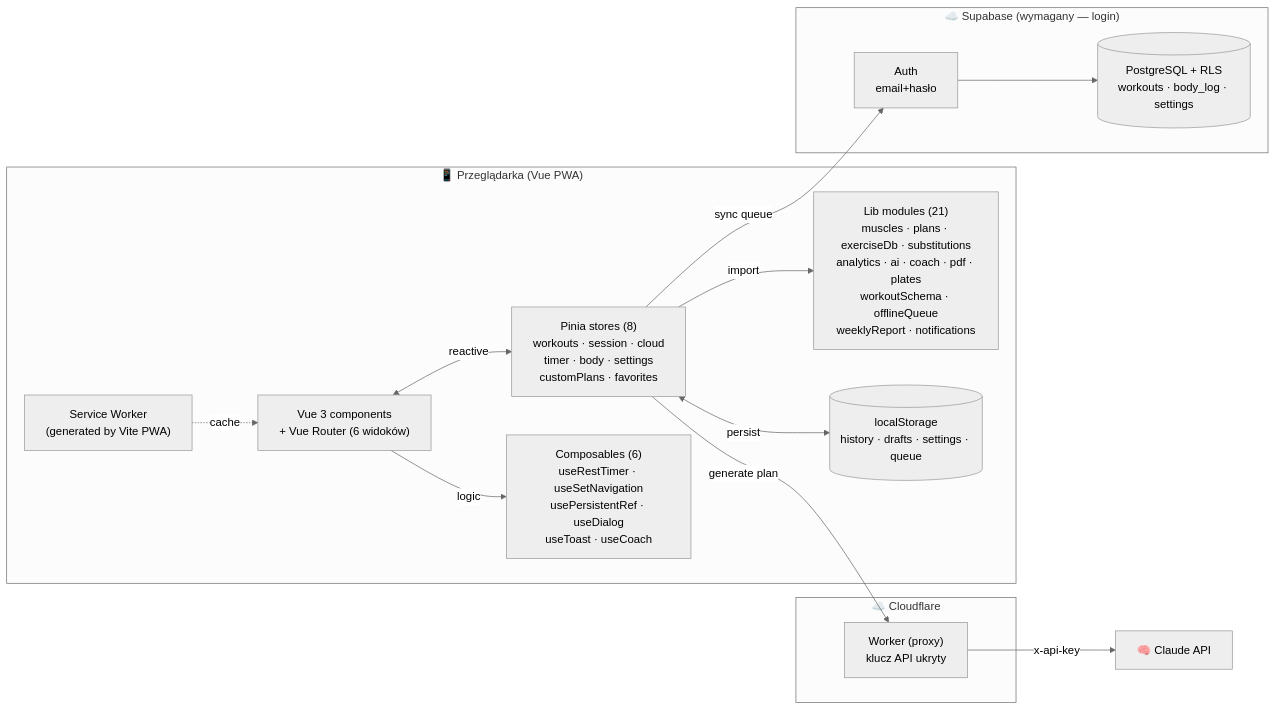
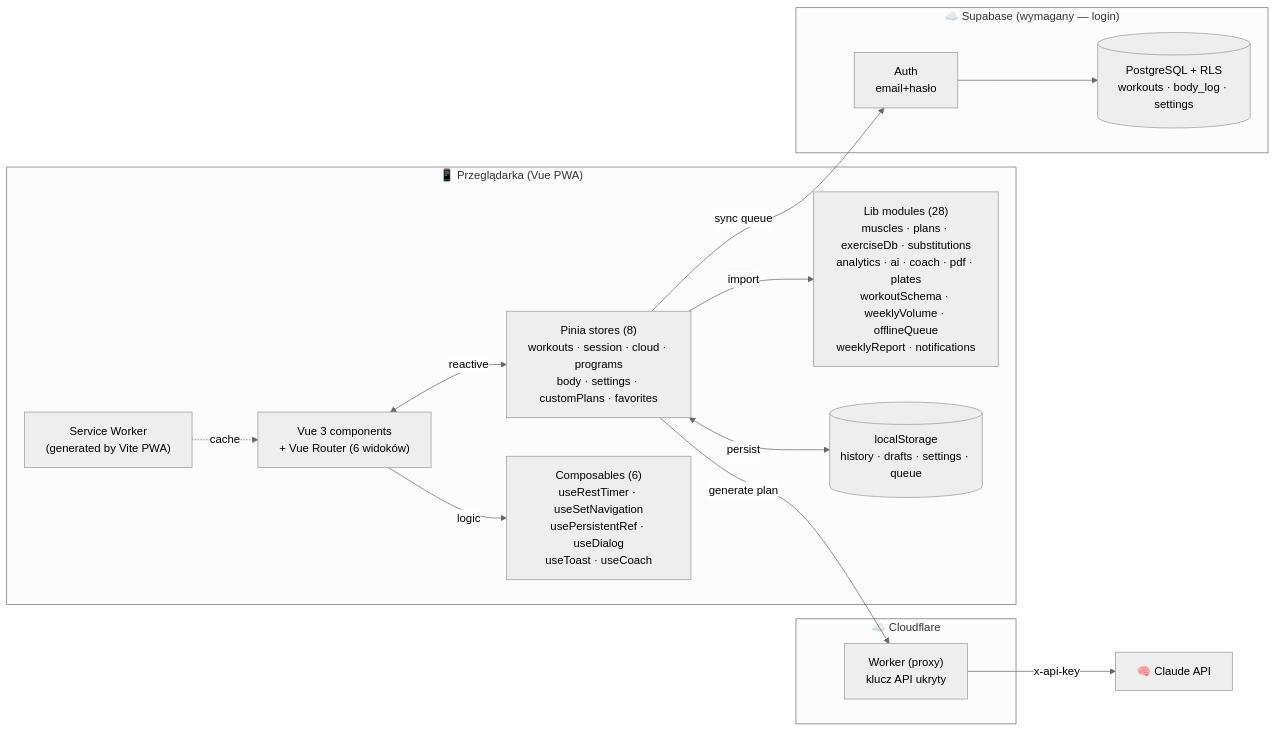
Before and after one commit to LukaszBonio/trening: the first of 2 diagrams in README.md, drawn with Mermaid (neutral theme). The commit also changed other lines of this file, not shown here.

````diff
--- a/README.md
+++ b/README.md
@@ -244,29 +257,29 @@
 ```mermaid
 flowchart LR
     subgraph Client["📱 Przeglądarka (Vue PWA)"]
         UI["Vue 3 components<br/>+ Vue Router (6 widoków)"]
-        Stores["Pinia stores (8)<br/>workouts · session · cloud<br/>timer · body · settings<br/>customPlans · favorites"]
+        Stores["Pinia stores (8)<br/>workouts · session · cloud · programs<br/>body · settings · customPlans · favorites"]
         Composables["Composables (6)<br/>useRestTimer · useSetNavigation<br/>usePersistentRef · useDialog<br/>useToast · useCoach"]
-        Libs["Lib modules (21)<br/>muscles · plans · exerciseDb · substitutions<br/>analytics · ai · coach · pdf · plates<br/>workoutSchema · offlineQueue<br/>weeklyReport · notifications"]
+        Libs["Lib modules (28)<br/>muscles · plans · exerciseDb · substitutions<br/>analytics · ai · coach · pdf · plates<br/>workoutSchema · weeklyVolume · offlineQueue<br/>weeklyReport · notifications"]
         SW["Service Worker<br/>(generated by Vite PWA)"]
         LS[("localStorage<br/>history · drafts · settings · queue")]
     end
     subgraph Edge["☁️ Cloudflare"]
         W["Worker (proxy)<br/>klucz API ukryty"]
     end
     subgraph Cloud["☁️ Supabase (wymagany — login)"]
         Auth["Auth<br/>email+hasło"]
         DB[("PostgreSQL + RLS<br/>workouts · body_log · settings")]
     end
     AI["🧠 Claude API"]
 
     UI <-->|reactive| Stores
     UI -->|logic| Composables
     Stores <-->|persist| LS
     Stores -->|import| Libs
     SW -.->|cache| UI
     Stores -->|generate plan| W
     W -->|x-api-key| AI
     Stores -->|sync queue| Auth
     Auth --> DB
 ```
````
